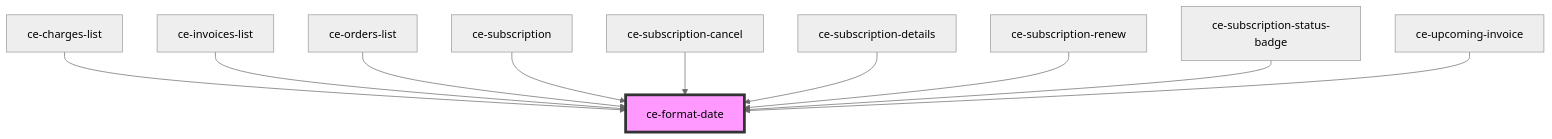
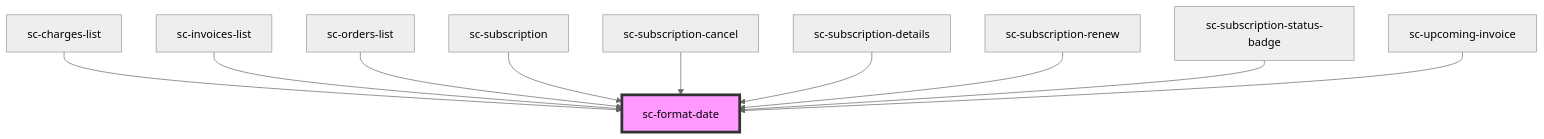
One commit to surecart/surecart-wp-plugin changed the diagram in packages/components/src/components/util/format-date/readme.md. Above: the diagram before and after it, drawn with Mermaid (neutral theme). The commit also changed other lines of this file and 1281 other files, not shown here.

````diff
--- a/packages/components/src/components/util/format-date/readme.md
+++ b/packages/components/src/components/util/format-date/readme.md
@@ -43,13 +43,13 @@
 ```mermaid
 graph TD;
-  ce-charges-list --> ce-format-date
-  ce-invoices-list --> ce-format-date
-  ce-orders-list --> ce-format-date
-  ce-subscription --> ce-format-date
-  ce-subscription-cancel --> ce-format-date
-  ce-subscription-details --> ce-format-date
-  ce-subscription-renew --> ce-format-date
-  ce-subscription-status-badge --> ce-format-date
-  ce-upcoming-invoice --> ce-format-date
-  style ce-format-date fill:#f9f,stroke:#333,stroke-width:4px
+  sc-charges-list --> sc-format-date
+  sc-invoices-list --> sc-format-date
+  sc-orders-list --> sc-format-date
+  sc-subscription --> sc-format-date
+  sc-subscription-cancel --> sc-format-date
+  sc-subscription-details --> sc-format-date
+  sc-subscription-renew --> sc-format-date
+  sc-subscription-status-badge --> sc-format-date
+  sc-upcoming-invoice --> sc-format-date
+  style sc-format-date fill:#f9f,stroke:#333,stroke-width:4px
 ```
````
